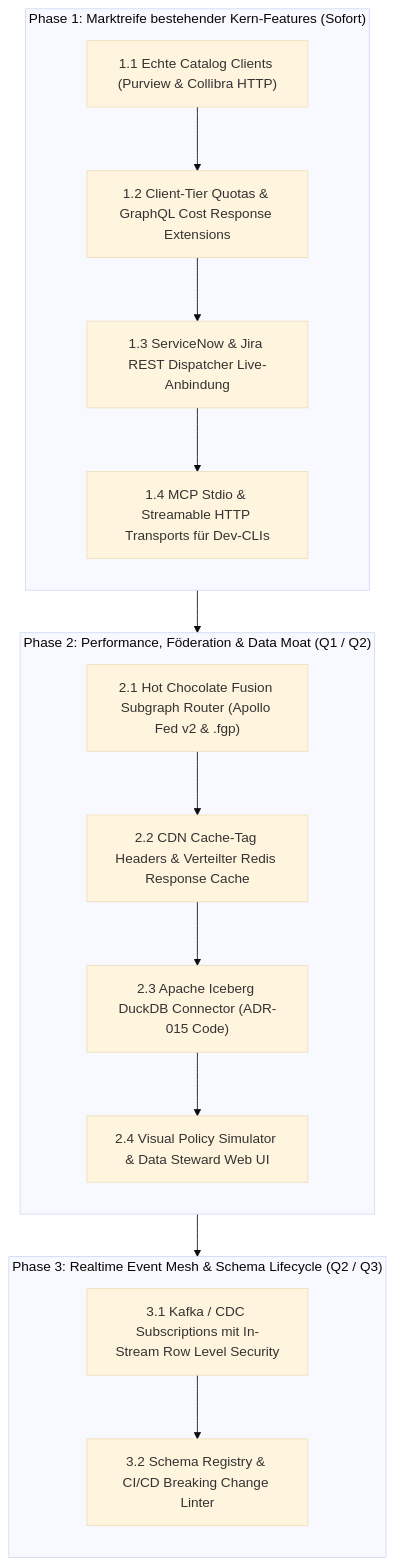
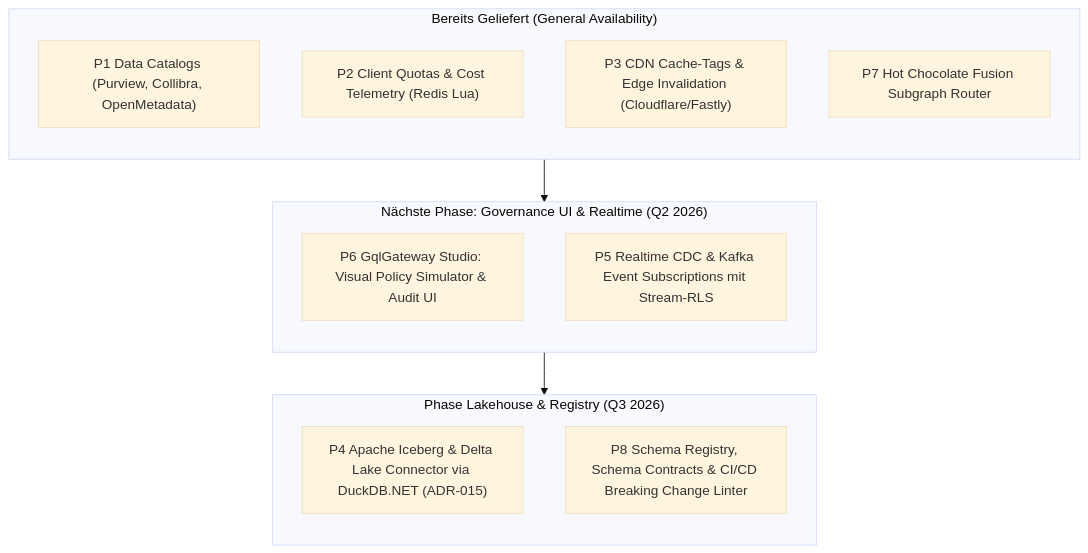
Before and after one commit to themulle/gql: the diagram in marktanalyse.md, drawn with Mermaid (base theme). The commit also changed other lines of this file, not shown here.

Commit message:
docs(market): Update marktanalyse.md with completed P1, P2, P3, P7 milestones and refreshed RICE-C roadmap

````diff
--- a/marktanalyse.md
+++ b/marktanalyse.md
@@ -93,24 +78,25 @@
 ```mermaid
 flowchart TD
-    subgraph Phase1["Phase 1: Marktreife bestehender Kern-Features (Sofort)"]
+    subgraph Delivered["Bereits Geliefert (General Availability)"]
         direction TB
-        A1["1.1 Echte Catalog Clients (Purview & Collibra HTTP)"] --> A2["1.2 Client-Tier Quotas & GraphQL Cost Response Extensions"]
-        A2 --> A3["1.3 ServiceNow & Jira REST Dispatcher Live-Anbindung"]
-        A3 --> A4["1.4 MCP Stdio & Streamable HTTP Transports für Dev-CLIs"]
+        D1["P1 Data Catalogs (Purview, Collibra, OpenMetadata)"]
+        D2["P2 Client Quotas & Cost Telemetry (Redis Lua)"]
+        D3["P3 CDN Cache-Tags & Edge Invalidation (Cloudflare/Fastly)"]
+        D4["P7 Hot Chocolate Fusion Subgraph Router"]
     end
 
-    subgraph Phase2["Phase 2: Performance, Föderation & Data Moat (Q1 / Q2)"]
+    subgraph PhaseNext["Nächste Phase: Governance UI & Realtime (Q2 2026)"]
         direction TB
-        B1["2.1 Hot Chocolate Fusion Subgraph Router (Apollo Fed v2 & .fgp)"] --> B2["2.2 CDN Cache-Tag Headers & Verteilter Redis Response Cache"]
-        B2 --> B3["2.3 Apache Iceberg DuckDB Connector (ADR-015 Code)"]
-        B3 --> B4["2.4 Visual Policy Simulator & Data Steward Web UI"]
+        E1["P6 GqlGateway Studio: Visual Policy Simulator & Audit UI"]
+        E2["P5 Realtime CDC & Kafka Event Subscriptions mit Stream-RLS"]
     end
 
-    subgraph Phase3["Phase 3: Realtime Event Mesh & Schema Lifecycle (Q2 / Q3)"]
+    subgraph PhaseLakehouse["Phase Lakehouse & Registry (Q3 2026)"]
         direction TB
-        C1["3.1 Kafka / CDC Subscriptions mit In-Stream Row Level Security"] --> C2["3.2 Schema Registry & CI/CD Breaking Change Linter"]
+        F1["P4 Apache Iceberg & Delta Lake Connector via DuckDB.NET (ADR-015)"]
+        F2["P8 Schema Registry, Schema Contracts & CI/CD Breaking Change Linter"]
     end
 
-    Phase1 --> Phase2
-    Phase2 --> Phase3
+    Delivered --> PhaseNext
+    PhaseNext --> PhaseLakehouse
 ```
````
